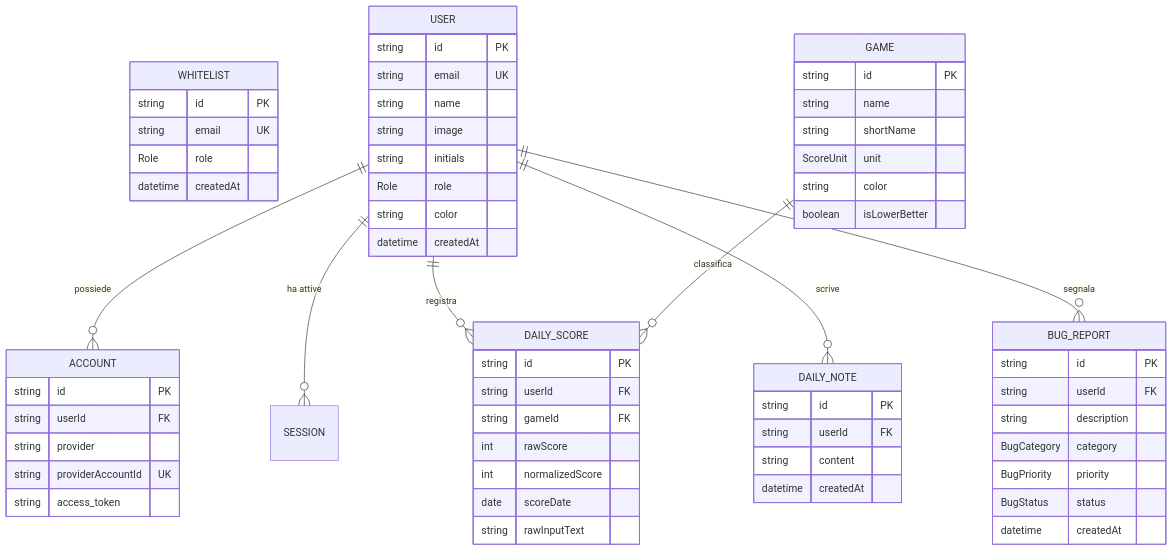
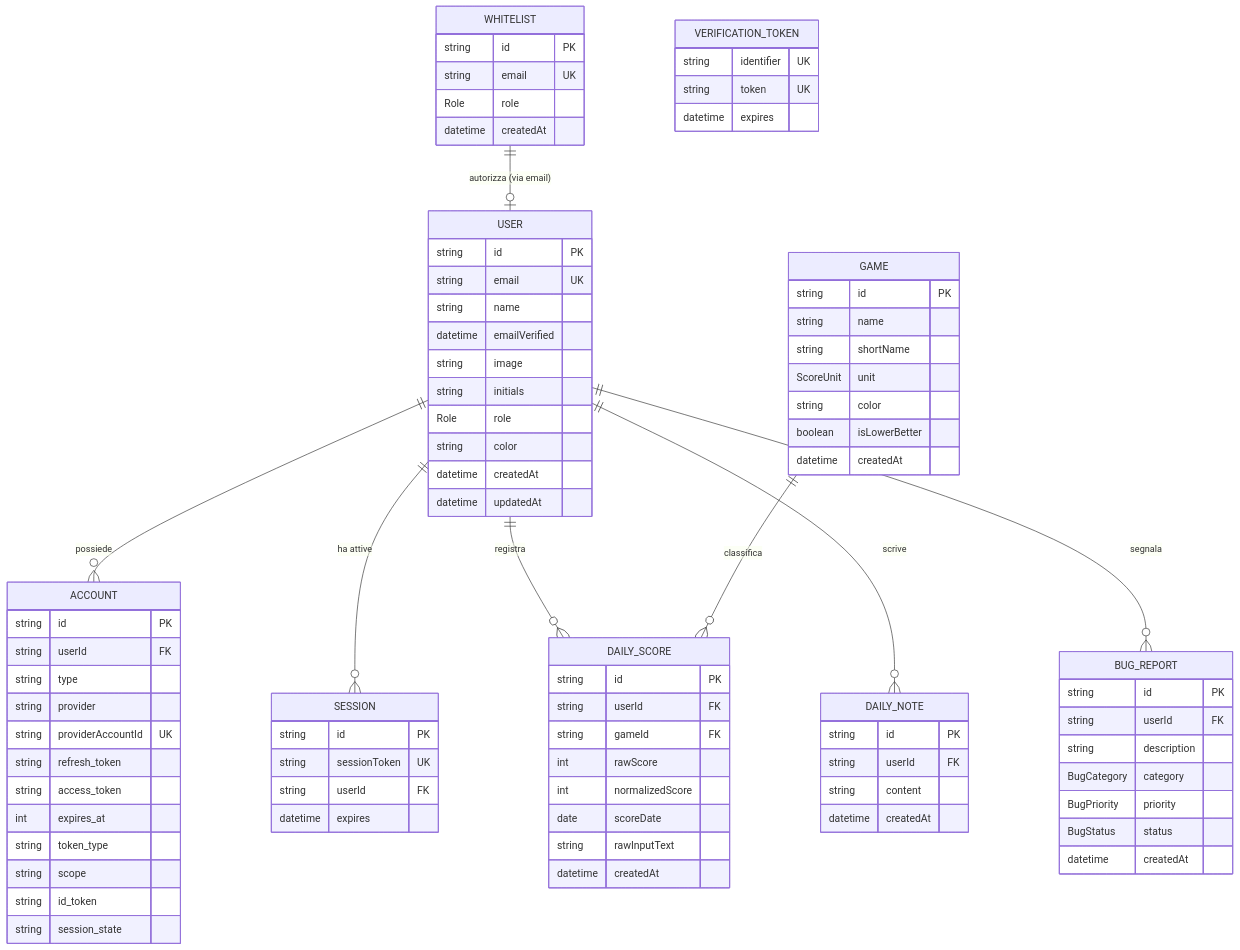
The diagram in docs/01-architecture/database-and-models.md (lucadileo9/who-is-losing-today), drawn with Mermaid before and after one commit. The commit also changed other lines of this file, not shown here.

Commit message:
docs: update er

````diff
--- a/docs/01-architecture/database-and-models.md
+++ b/docs/01-architecture/database-and-models.md
@@ -32,11 +33,6 @@
 ```mermaid
 erDiagram
-    WHITELIST {
-        string id PK
-        string email UK
-        Role role
-        datetime createdAt
-    }
+    WHITELIST ||--o| USER : "autorizza (via email)"
 
     USER ||--o{ ACCOUNT : "possiede"
     USER ||--o{ SESSION : "ha attive"
@@ -46,23 +42,52 @@
 
     GAME ||--o{ DAILY_SCORE : "classifica"
 
+    WHITELIST {
+        string id PK
+        string email UK
+        Role role
+        datetime createdAt
+    }
+
     USER {
         string id PK
         string email UK
         string name
+        datetime emailVerified
         string image
         string initials
         Role role
         string color
         datetime createdAt
+        datetime updatedAt
     }
 
     ACCOUNT {
         string id PK
         string userId FK
+        string type
         string provider
         string providerAccountId UK
+        string refresh_token
         string access_token
+        int expires_at
+        string token_type
+        string scope
+        string id_token
+        string session_state
+    }
+
+    SESSION {
+        string id PK
+        string sessionToken UK
+        string userId FK
+        datetime expires
+    }
+
+    VERIFICATION_TOKEN {
+        string identifier UK
+        string token UK
+        datetime expires
     }
 
     GAME {
@@ -72,6 +97,7 @@
         ScoreUnit unit
         string color
         boolean isLowerBetter
+        datetime createdAt
     }
 
     DAILY_SCORE {
@@ -82,6 +108,7 @@
         int normalizedScore
         date scoreDate
         string rawInputText
+        datetime createdAt
     }
 
     DAILY_NOTE {
````
